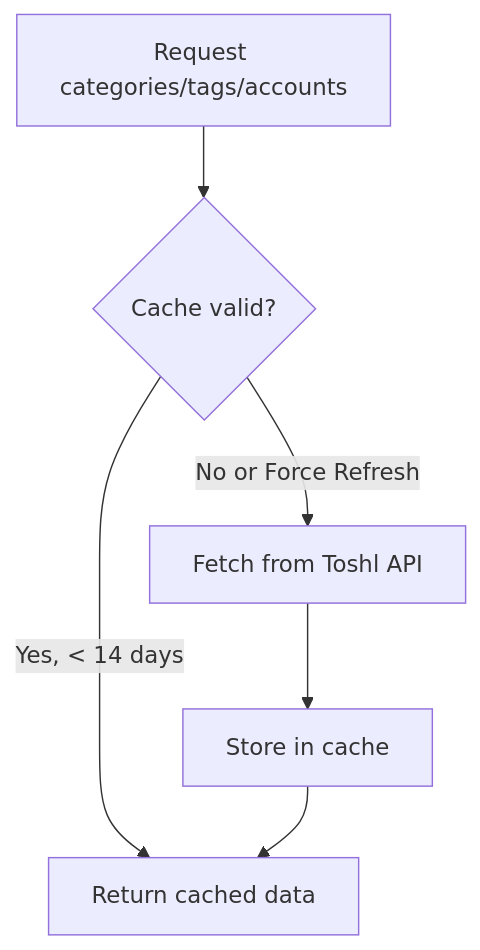
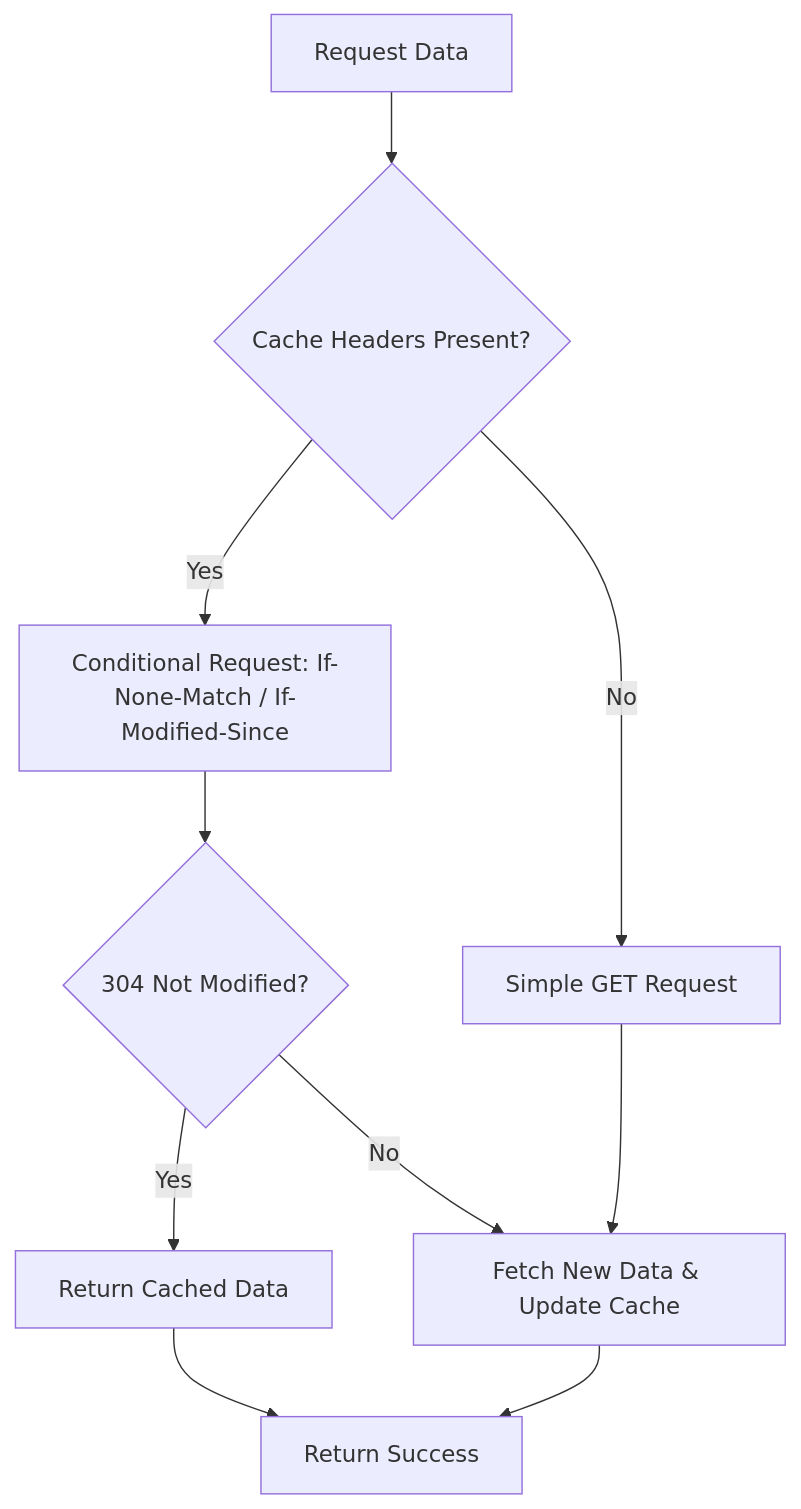
The third of 3 diagrams in extensions/quick-toshl/README.md (hoandesign/raycast-extensions), drawn with Mermaid before and after one commit. The commit also changed other lines of this file and 18 other files, not shown here.

````diff
--- a/extensions/quick-toshl/README.md
+++ b/extensions/quick-toshl/README.md
@@ -105,8 +110,12 @@
 ```mermaid
 graph TD
-    A[Request categories/tags/accounts] --> B{Cache valid?}
-    B -->|Yes, < 14 days| C[Return cached data]
-    B -->|No or Force Refresh| D[Fetch from Toshl API]
-    D --> E[Store in cache]
-    E --> C
+    A[Request Data] --> B{Cache Headers Present?}
+    B -->|Yes| C[Conditional Request: If-None-Match / If-Modified-Since]
+    B -->|No| D[Simple GET Request]
+    C --> E{304 Not Modified?}
+    E -->|Yes| F[Return Cached Data]
+    E -->|No| G[Fetch New Data & Update Cache]
+    D --> G
+    G --> H[Return Success]
+    F --> H
 ```
````
